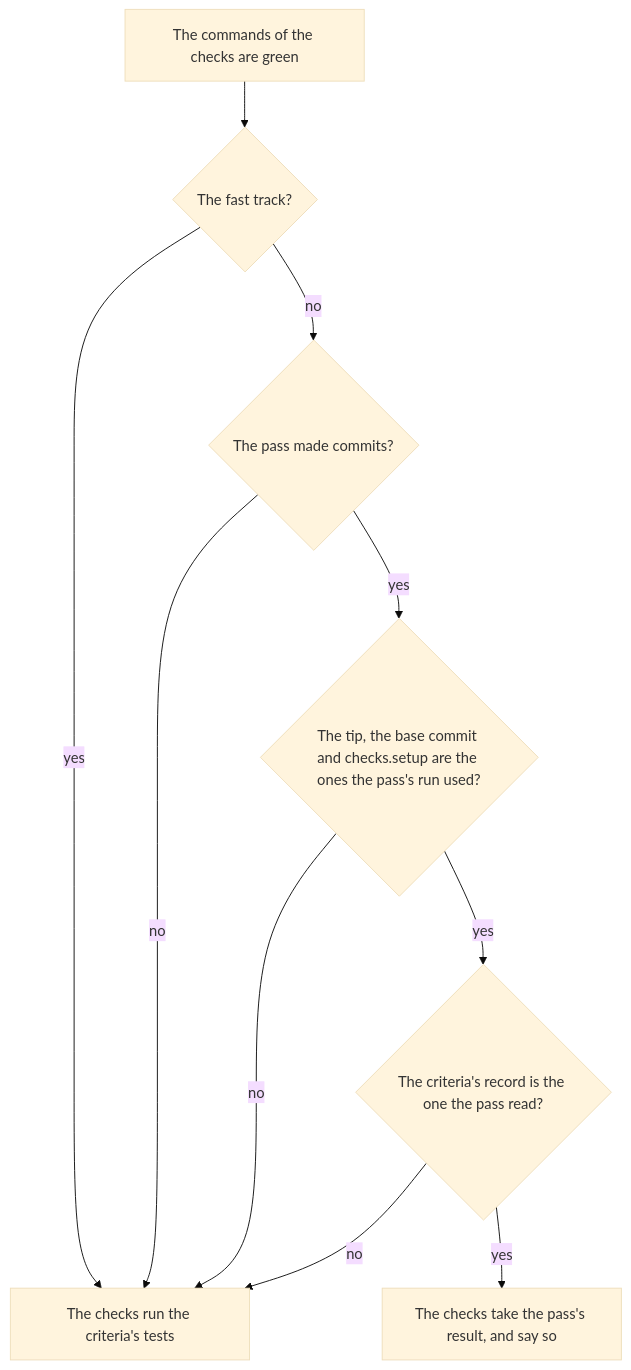
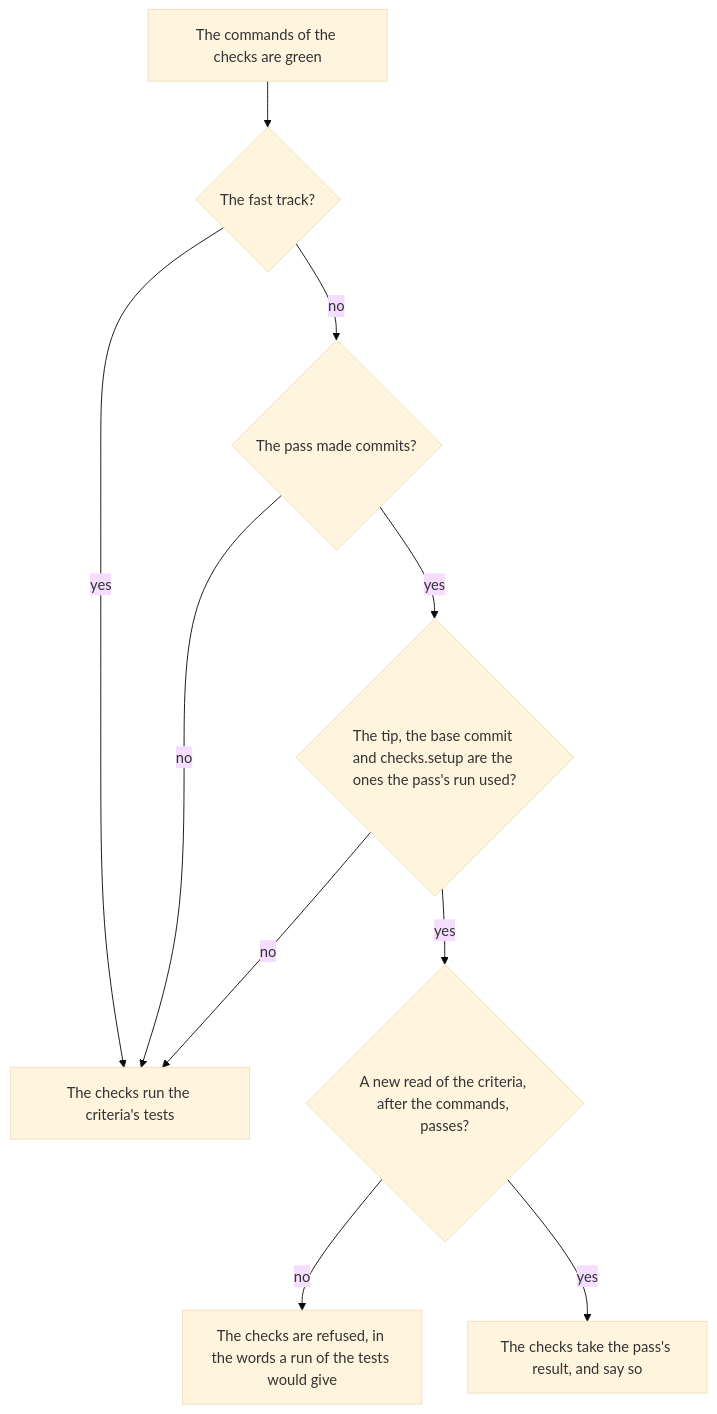
The diagram in docs/plans/2026-11-21-pure-rules-unit-tests.md (pySilver/lem), drawn with Mermaid (base theme) before and after one commit. The commit also changed other lines of this file, not shown here.

Commit message:
docs(plans): a new read of the criteria when the checks decide replaces the record of the approval's number

````diff
--- a/docs/plans/2026-11-21-pure-rules-unit-tests.md
+++ b/docs/plans/2026-11-21-pure-rules-unit-tests.md
@@ -25,12 +25,12 @@
 ```mermaid
 flowchart TD
   A["The commands of the checks are green"] --> B{"The fast track?"}
   B -->|"yes"| R["The checks run the criteria's tests"]
   B -->|"no"| C{"The pass made commits?"}
   C -->|"no"| R
   C -->|"yes"| D{"The tip, the base commit and checks.setup are the ones the pass's run used?"}
   D -->|"no"| R
-  D -->|"yes"| E{"The criteria's record is the one the pass read?"}
-  E -->|"no"| R
+  D -->|"yes"| E{"A new read of the criteria, after the commands, passes?"}
+  E -->|"no"| F["The checks are refused, in the words a run of the tests would give"]
   E -->|"yes"| T["The checks take the pass's result, and say so"]
 ```
````
